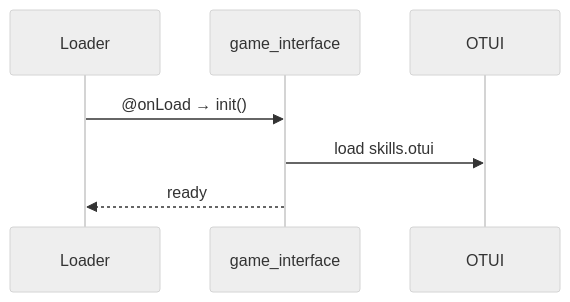
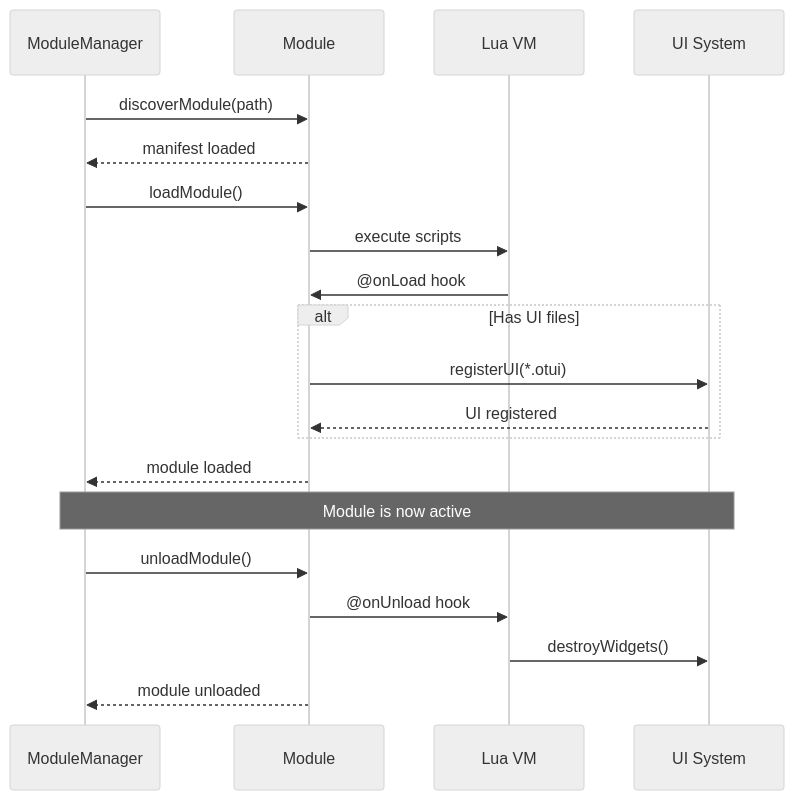
The first of 3 diagrams in docs/authoring/12_otmod/index.md (lukaszj321/otcv8-dev), drawn with Mermaid before and after one commit. The commit also changed other lines of this file and 4 other files, not shown here.

````diff
--- a/docs/authoring/12_otmod/index.md
+++ b/docs/authoring/12_otmod/index.md
@@ -80,10 +86,29 @@
 ```{mermaid}
-%%{init: { 'theme': 'neutral' }}%%
+%%{init: { 'theme': 'neutral', 'themeVariables': { 'primaryTextColor': '#ddd', 'lineColor': '#9aa0a6' } }}%%
 sequenceDiagram
-  participant Loader
-  participant Module as game_interface
-  participant UI as OTUI
-  Loader->>Module: @onLoad → init()
-  Module->>UI: load skills.otui
-  Module-->>Loader: ready
+    participant MM as ModuleManager
+    participant M as Module
+    participant LUA as Lua VM
+    participant UI as UI System
+    
+    MM->>M: discoverModule(path)
+    M-->>MM: manifest loaded
+    
+    MM->>M: loadModule()
+    M->>LUA: execute scripts
+    LUA->>M: @onLoad hook
+    
+    alt Has UI files
+        M->>UI: registerUI(*.otui)
+        UI-->>M: UI registered
+    end
+    
+    M-->>MM: module loaded
+    
+    Note over MM,UI: Module is now active
+    
+    MM->>M: unloadModule()
+    M->>LUA: @onUnload hook
+    LUA->>UI: destroyWidgets()
+    M-->>MM: module unloaded
 ```
````
